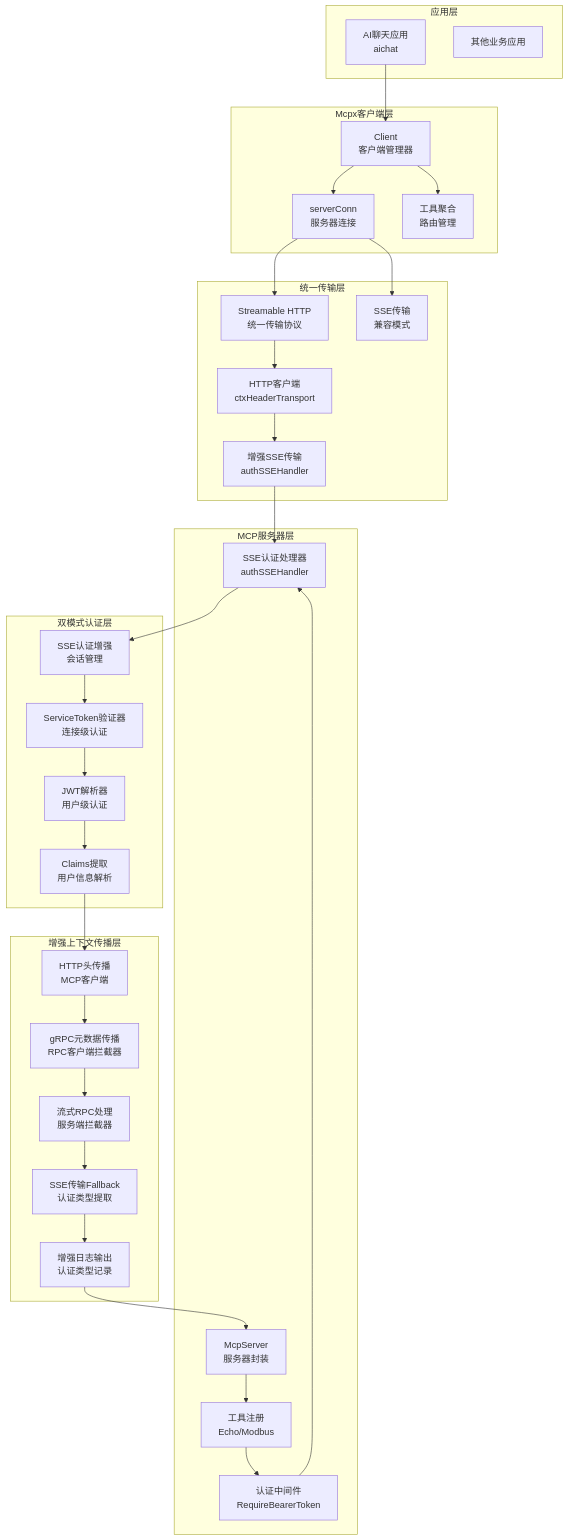
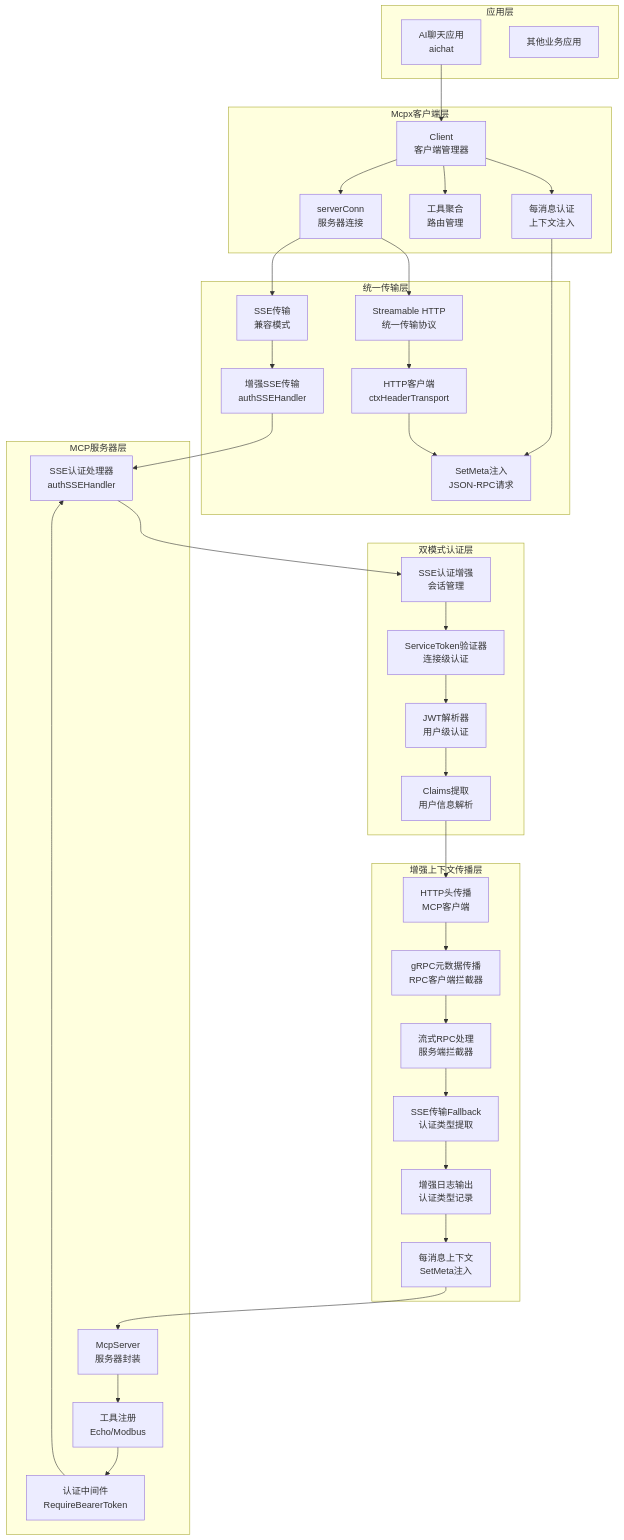
The second of 22 diagrams in .qoder/repowiki/zh/content/核心服务详解/Mcpx客户端包.md (maomao94/zero-service), drawn with Mermaid before and after one commit. The commit also changed other lines of this file and 11 other files, not shown here.

````diff
--- a/.qoder/repowiki/zh/content/核心服务详解/Mcpx客户端包.md
+++ b/.qoder/repowiki/zh/content/核心服务详解/Mcpx客户端包.md
@@ -152,58 +157,65 @@
 ```mermaid
 graph TB
 subgraph "应用层"
 A[AI聊天应用<br/>aichat]
 B[其他业务应用]
 end
 subgraph "Mcpx客户端层"
 C[Client<br/>客户端管理器]
 D[serverConn<br/>服务器连接]
 E[工具聚合<br/>路由管理]
+F[每消息认证<br/>上下文注入]
 end
 subgraph "统一传输层"
-F[Streamable HTTP<br/>统一传输协议]
-G[SSE传输<br/>兼容模式]
-H[HTTP客户端<br/>ctxHeaderTransport]
-I[增强SSE传输<br/>authSSEHandler]
+G[Streamable HTTP<br/>统一传输协议]
+H[SSE传输<br/>兼容模式]
+I[HTTP客户端<br/>ctxHeaderTransport]
+J[增强SSE传输<br/>authSSEHandler]
+K[SetMeta注入<br/>JSON-RPC请求]
 end
 subgraph "双模式认证层"
-J[ServiceToken验证器<br/>连接级认证]
-K[JWT解析器<br/>用户级认证]
-L[Claims提取<br/>用户信息解析]
-M[SSE认证增强<br/>会话管理]
+L[ServiceToken验证器<br/>连接级认证]
+M[JWT解析器<br/>用户级认证]
+N[Claims提取<br/>用户信息解析]
+O[SSE认证增强<br/>会话管理]
 end
 subgraph "增强上下文传播层"
-N[HTTP头传播<br/>MCP客户端]
-O[gRPC元数据传播<br/>RPC客户端拦截器]
-P[流式RPC处理<br/>服务端拦截器]
-Q[SSE传输Fallback<br/>认证类型提取]
-R[增强日志输出<br/>认证类型记录]
+P[HTTP头传播<br/>MCP客户端]
+Q[gRPC元数据传播<br/>RPC客户端拦截器]
+R[流式RPC处理<br/>服务端拦截器]
+S[SSE传输Fallback<br/>认证类型提取]
+T[增强日志输出<br/>认证类型记录]
+U[每消息上下文<br/>SetMeta注入]
 end
 subgraph "MCP服务器层"
-S[McpServer<br/>服务器封装]
-T[工具注册<br/>Echo/Modbus]
-U[认证中间件<br/>RequireBearerToken]
-V[SSE认证处理器<br/>authSSEHandler]
+V[McpServer<br/>服务器封装]
+W[工具注册<br/>Echo/Modbus]
+X[认证中间件<br/>RequireBearerToken]
+Y[SSE认证处理器<br/>authSSEHandler]
 end
 A --> C
 C --> D
 C --> E
-D --> F
+C --> F
 D --> G
-F --> H
-H --> I
-I --> V
-V --> M
-M --> J
-J --> K
-K --> L
-L --> N
-N --> O
-O --> P
+D --> H
+F --> K
+G --> I
+H --> J
+I --> K
+J --> Y
+Y --> O
+O --> L
+L --> M
+M --> N
+N --> P
 P --> Q
 Q --> R
 R --> S
 S --> T
 T --> U
 U --> V
+V --> W
+W --> X
+X --> Y
 ```
````
